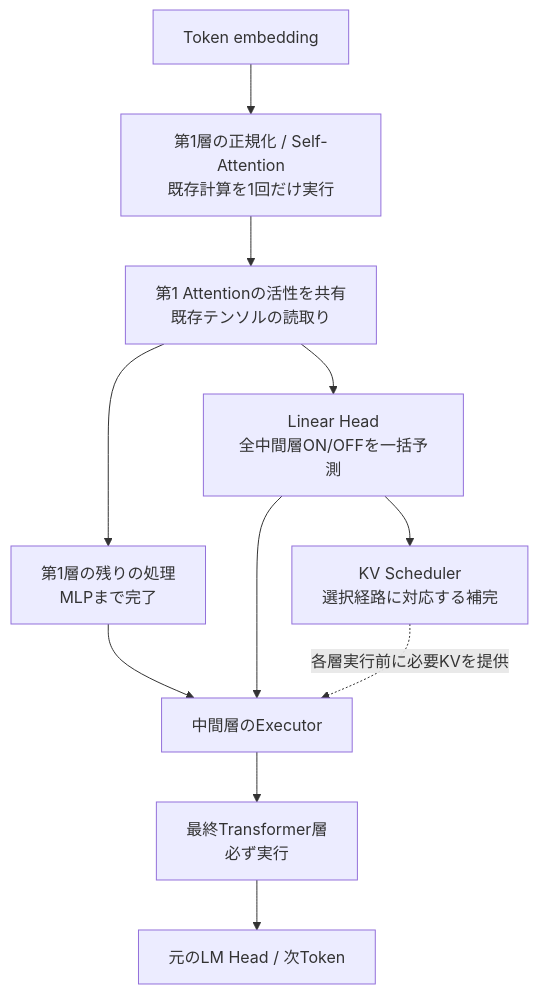
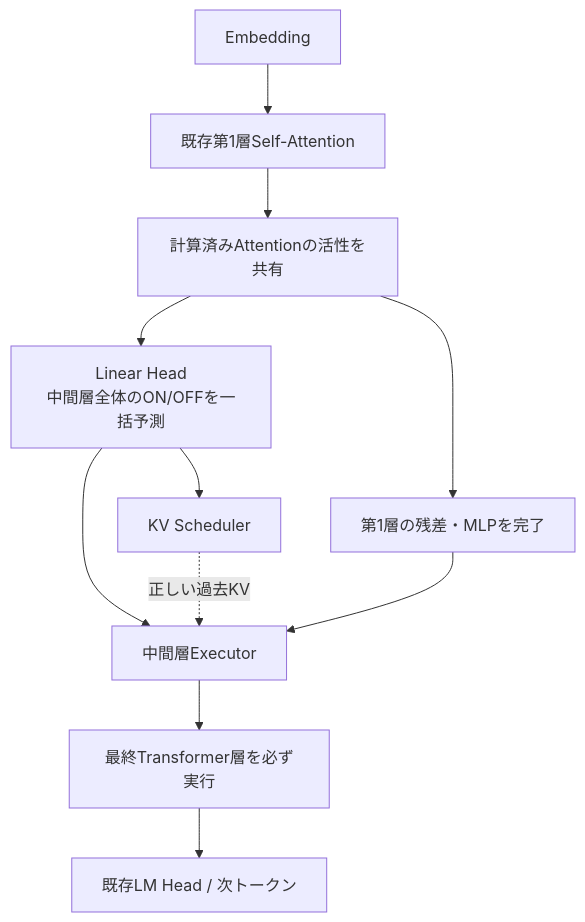
Before and after one commit to Unjuno/frozen-llm-layer-skip-kv: the diagram in docs/11_SHARED_ACTIVATION_ROUTING.md, drawn with Mermaid. The commit also changed other lines of this file, not shown here.

Commit message:
docs: correct shared-attention tap assumptions and distinguish control from hidden state

````diff
--- a/docs/11_SHARED_ACTIVATION_ROUTING.md
+++ b/docs/11_SHARED_ACTIVATION_ROUTING.md
@@ -17,13 +19,13 @@
 ```mermaid
 flowchart TD
-  I[Token embedding] --> A1[第1層の正規化 / Self-Attention<br/>既存計算を1回だけ実行]
-  A1 --> S[第1 Attentionの活性を共有<br/>既存テンソルの読取り]
-  S --> R[Linear Head<br/>全中間層ON/OFFを一括予測]
-  S --> F[第1層の残りの処理<br/>MLPまで完了]
-  F --> E[中間層のExecutor]
-  R --> E
-  E --> L[最終Transformer層<br/>必ず実行]
-  L --> H[元のLM Head / 次Token]
-  R --> K[KV Scheduler<br/>選択経路に対応する補完]
-  K -. 各層実行前に必要KVを提供 .-> E
+    A[Embedding] --> B[既存第1層Self-Attention]
+    B --> C[計算済みAttentionの活性を共有]
+    C --> H[Linear Head<br/>中間層全体のON/OFFを一括予測]
+    C --> R[第1層の残差・MLPを完了]
+    H --> E[中間層Executor]
+    R --> E
+    H --> K[KV Scheduler]
+    K -. 正しい過去KV .-> E
+    E --> F[最終Transformer層を必ず実行]
+    F --> G[既存LM Head / 次トークン]
 ```
````
